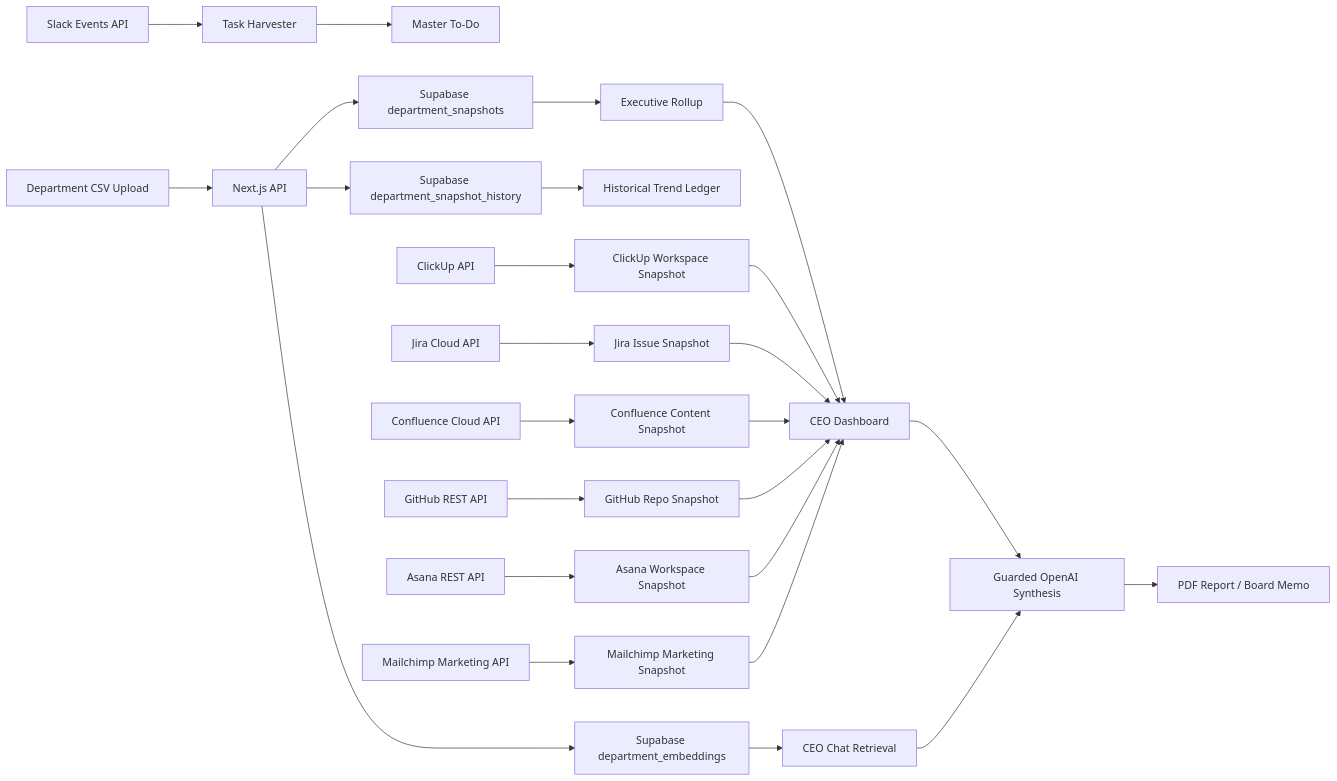
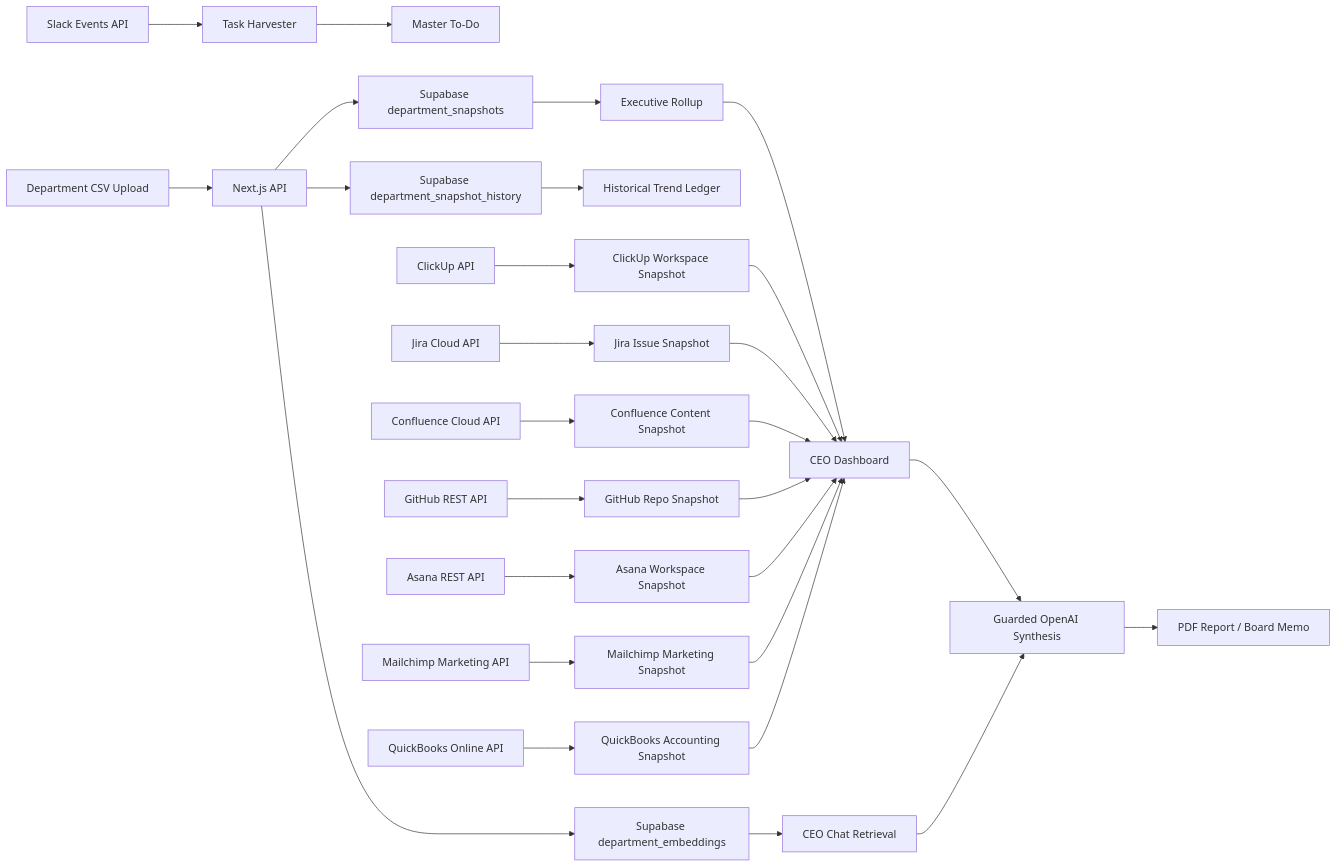
The diagram in README.md (suhasbhairav/ai-chief-of-staff), drawn with Mermaid before and after one commit. The commit also changed other lines of this file and 11 other files, not shown here.

````diff
--- a/README.md
+++ b/README.md
@@ -347,28 +351,30 @@
 ```mermaid
 flowchart LR
   A[Department CSV Upload] --> B[Next.js API]
   B --> C[Supabase department_snapshots]
   B --> D[Supabase department_snapshot_history]
   B --> M[Supabase department_embeddings]
   C --> E[Executive Rollup]
   D --> F[Historical Trend Ledger]
   M --> N[CEO Chat Retrieval]
   E --> G[CEO Dashboard]
   G --> H[Guarded OpenAI Synthesis]
   N --> H
   H --> I[PDF Report / Board Memo]
   J[Slack Events API] --> K[Task Harvester]
   K --> L[Master To-Do]
   O[ClickUp API] --> P[ClickUp Workspace Snapshot]
   P --> G
   Q[Jira Cloud API] --> R[Jira Issue Snapshot]
   S[Confluence Cloud API] --> T[Confluence Content Snapshot]
   U[GitHub REST API] --> V[GitHub Repo Snapshot]
   W[Asana REST API] --> X[Asana Workspace Snapshot]
   Y[Mailchimp Marketing API] --> Z[Mailchimp Marketing Snapshot]
+  AA[QuickBooks Online API] --> AB[QuickBooks Accounting Snapshot]
   R --> G
   T --> G
   V --> G
   X --> G
   Z --> G
+  AB --> G
 ```
````
